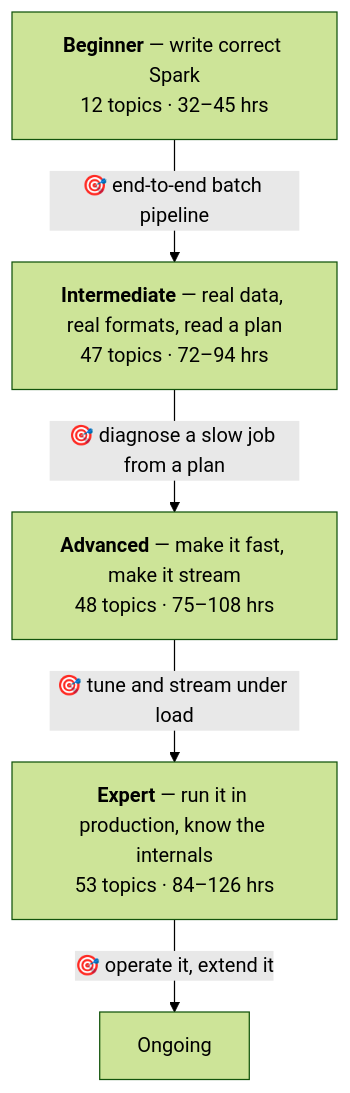
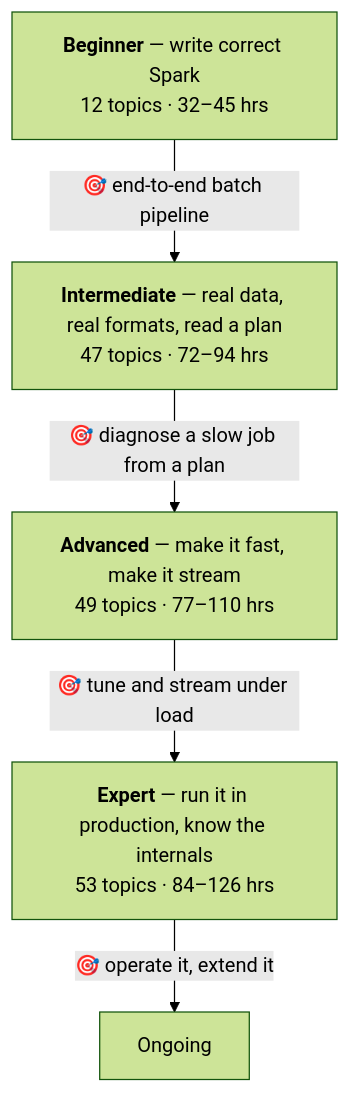
The first of 2 diagrams in docs/learning-path-v2.md (arindamchoudhury/spark-gyan), drawn with Mermaid (forest theme) before and after one commit. The commit also changed other lines of this file, not shown here.

````diff
--- a/docs/learning-path-v2.md
+++ b/docs/learning-path-v2.md
@@ -119,11 +121,11 @@
 ```mermaid
 flowchart TD
     B["<b>Beginner</b> — write correct Spark<br/>12 topics · 32–45 hrs"]
     I["<b>Intermediate</b> — real data, real formats, read a plan<br/>47 topics · 72–94 hrs"]
-    A["<b>Advanced</b> — make it fast, make it stream<br/>48 topics · 75–108 hrs"]
+    A["<b>Advanced</b> — make it fast, make it stream<br/>49 topics · 77–110 hrs"]
     E["<b>Expert</b> — run it in production, know the internals<br/>53 topics · 84–126 hrs"]
     B -->|"🎯 end-to-end batch pipeline"| I
     I -->|"🎯 diagnose a slow job from a plan"| A
     A -->|"🎯 tune and stream under load"| E
     E -->|"🎯 operate it, extend it"| Done["Ongoing"]
 ```
````
